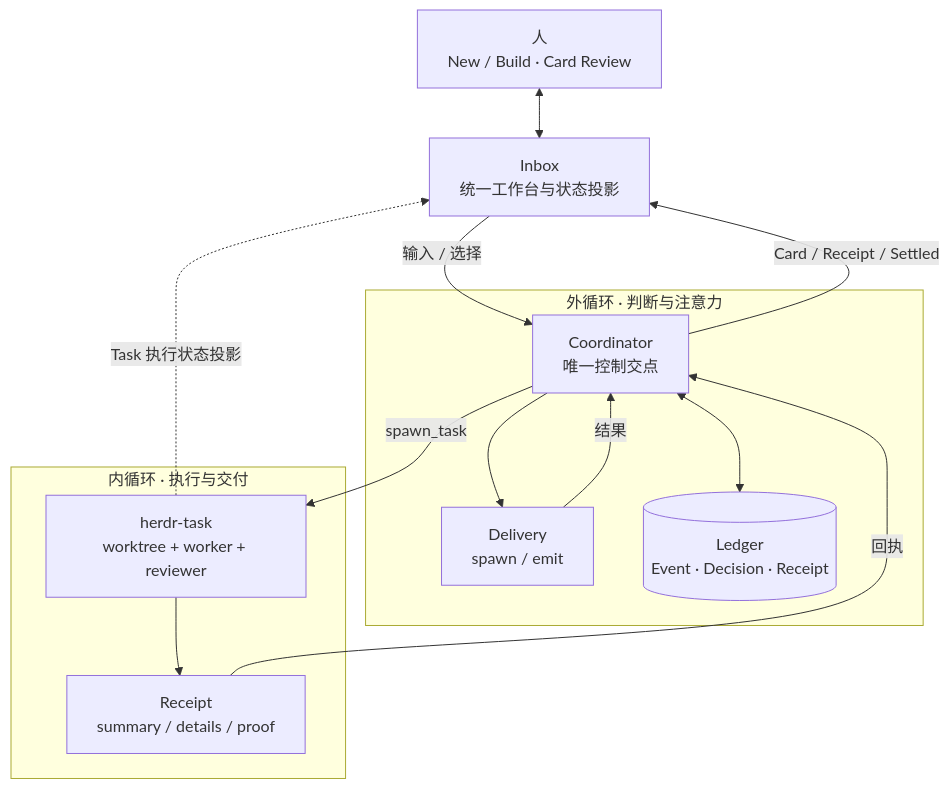
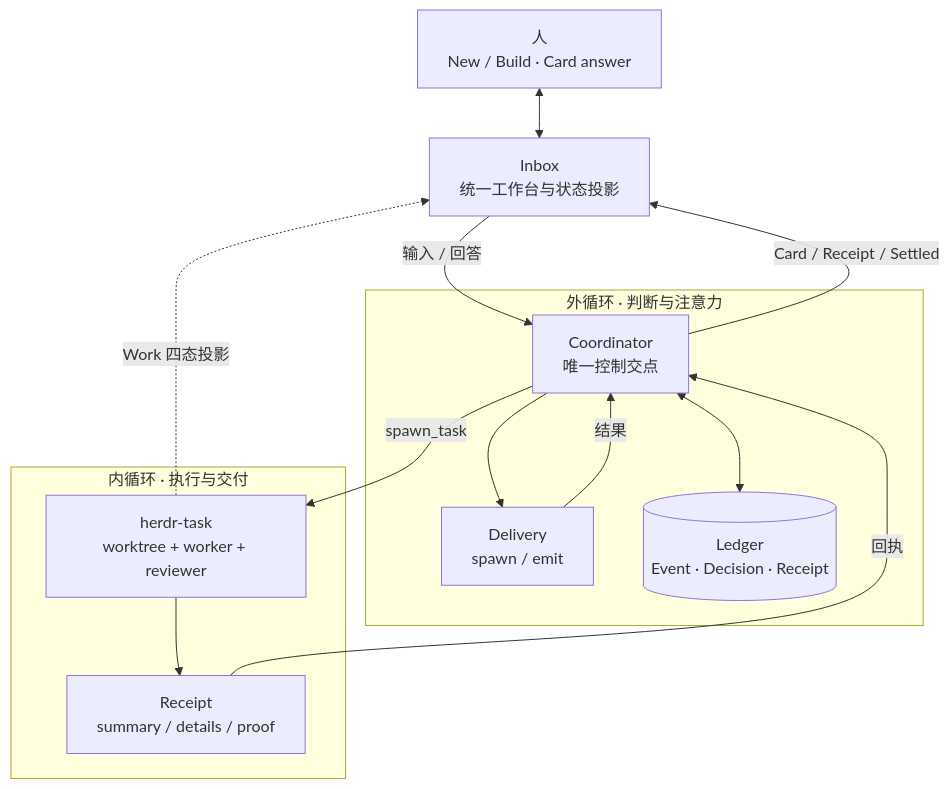
Before and after one commit to iodone/collie: the diagram in README.md, drawn with Mermaid. The commit also changed other lines of this file and 54 other files, not shown here.

````diff
--- a/README.md
+++ b/README.md
@@ -32,22 +46,22 @@
 ```mermaid
 flowchart TB
-  H["人<br/>New / Build · Card Review"] <--> I["Inbox<br/>统一工作台与状态投影"]
+  H["人<br/>New / Build · Card answer"] <--> I["Inbox<br/>统一工作台与状态投影"]
   subgraph OUTER["外循环 · 判断与注意力"]
     CO["Coordinator<br/>唯一控制交点"]
     D["Delivery<br/>spawn / emit"]
     L[("Ledger<br/>Event · Decision · Receipt")]
     CO --> D
     D -->|"结果"| CO
     CO <--> L
   end
   subgraph INNER["内循环 · 执行与交付"]
     T["herdr-task<br/>worktree + worker + reviewer"]
     R["Receipt<br/>summary / details / proof"]
     T --> R
   end
-  I -->|"输入 / 选择"| CO
+  I -->|"输入 / 回答"| CO
   CO -->|"Card / Receipt / Settled"| I
   CO -->|"spawn_task"| T
   R -->|"回执"| CO
-  T -. "Task 执行状态投影" .-> I
+  T -. "Work 四态投影" .-> I
 ```
````
